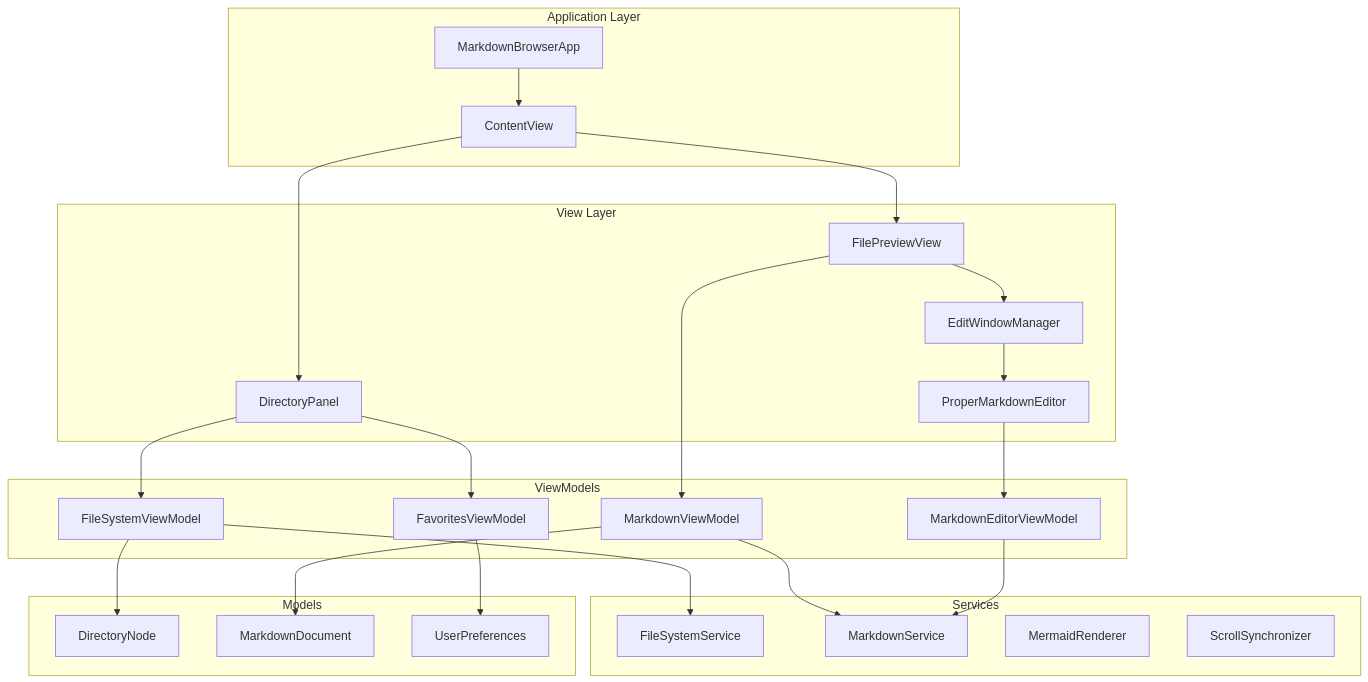
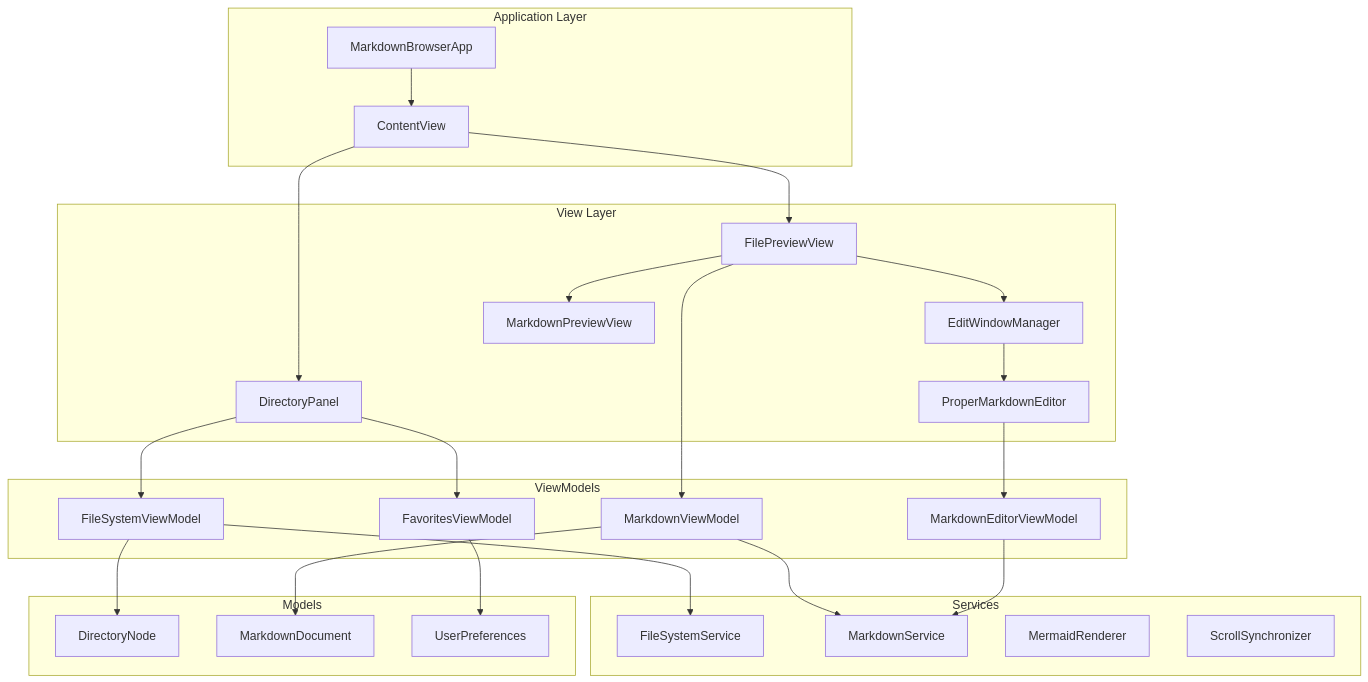
The first of 8 diagrams in docs/development/current-architecture.md (Consortium-team/mac-markdown-browser), drawn with Mermaid before and after one commit. The commit also changed other lines of this file and 2 other files, not shown here.

````diff
--- a/docs/development/current-architecture.md
+++ b/docs/development/current-architecture.md
@@ -9,52 +9,54 @@
 ```mermaid
 graph TB
     subgraph "Application Layer"
         App[MarkdownBrowserApp]
         ContentView[ContentView]
     end
     
     subgraph "View Layer"
         DirectoryPanel[DirectoryPanel]
         FilePreviewView[FilePreviewView]
-        MarkdownEditor[ProperMarkdownEditor]
+        ProperMarkdownEditor[ProperMarkdownEditor]
         EditWindowManager[EditWindowManager]
+        MarkdownPreviewView[MarkdownPreviewView]
     end
     
     subgraph "ViewModels"
         FileSystemVM[FileSystemViewModel]
         FavoritesVM[FavoritesViewModel]
         MarkdownVM[MarkdownViewModel]
         EditorVM[MarkdownEditorViewModel]
     end
     
     subgraph "Services"
         FileSystemService[FileSystemService]
         MarkdownService[MarkdownService]
         MermaidRenderer[MermaidRenderer]
         ScrollSync[ScrollSynchronizer]
     end
     
     subgraph "Models"
         DirectoryNode[DirectoryNode]
         MarkdownDocument[MarkdownDocument]
         UserPreferences[UserPreferences]
     end
     
     App --> ContentView
     ContentView --> DirectoryPanel
     ContentView --> FilePreviewView
+    FilePreviewView --> MarkdownPreviewView
     FilePreviewView --> EditWindowManager
-    EditWindowManager --> MarkdownEditor
+    EditWindowManager --> ProperMarkdownEditor
     
     DirectoryPanel --> FileSystemVM
     DirectoryPanel --> FavoritesVM
     FilePreviewView --> MarkdownVM
-    MarkdownEditor --> EditorVM
+    ProperMarkdownEditor --> EditorVM
     
     FileSystemVM --> FileSystemService
     FileSystemVM --> DirectoryNode
     FavoritesVM --> UserPreferences
     MarkdownVM --> MarkdownService
     MarkdownVM --> MarkdownDocument
     EditorVM --> MarkdownService
 ```
````
